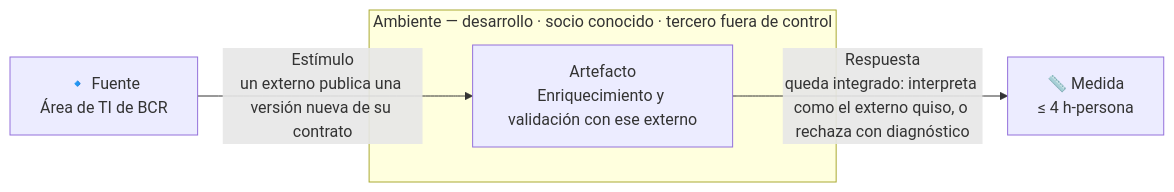
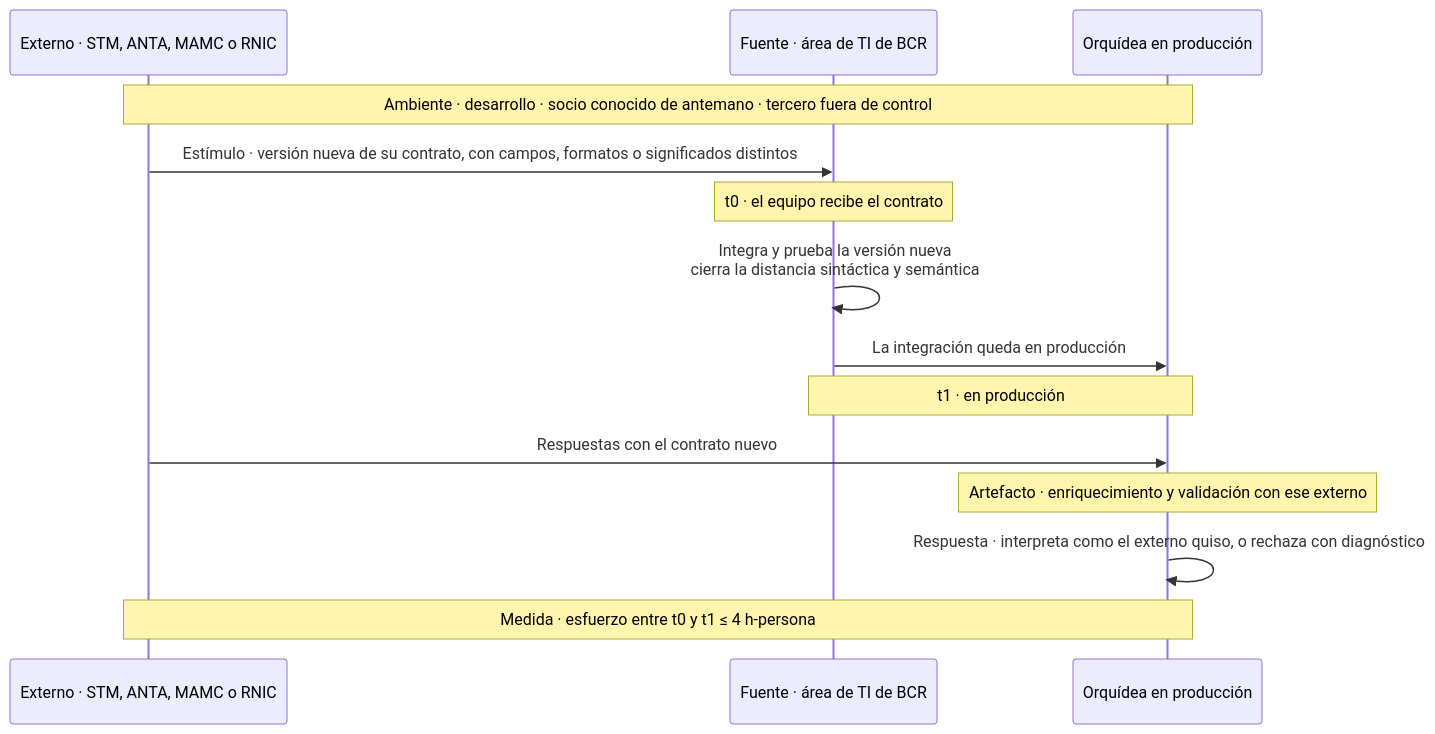
Before and after one commit to MATI-MBIT/arqsoft-reto-4: the seventh of 17 diagrams in docs/quality-attributes.md, drawn with Mermaid. The commit also changed other lines of this file, not shown here.

Commit message:
Cambia los diagramas de los ASR por diagramas de secuencia con t0, t1 y la medida

````diff
--- a/docs/quality-attributes.md
+++ b/docs/quality-attributes.md
@@ -296,9 +337,16 @@
 ```mermaid
-flowchart LR
-    F["🔹 Fuente<br/>Área de TI de BCR"]
-    F -- "Estímulo<br/>un externo publica una versión nueva de su contrato" --> A
-    subgraph AMB["Ambiente — desarrollo · socio conocido · tercero fuera de control"]
-        A["Artefacto<br/>Enriquecimiento y validación con ese externo"]
-    end
-    A -- "Respuesta<br/>queda integrado: interpreta como el externo quiso, o rechaza con diagnóstico" --> M["📏 Medida<br/>≤ 4 h-persona"]
+sequenceDiagram
+    participant N as Externo · STM, ANTA, MAMC o RNIC
+    participant T as Fuente · área de TI de BCR
+    participant O as Orquídea en producción
+    Note over N,O: Ambiente · desarrollo · socio conocido de antemano · tercero fuera de control
+    N->>T: Estímulo · versión nueva de su contrato, con campos, formatos o significados distintos
+    Note over T: t0 · el equipo recibe el contrato
+    T->>T: Integra y prueba la versión nueva<br/>cierra la distancia sintáctica y semántica
+    T->>O: La integración queda en producción
+    Note over T,O: t1 · en producción
+    N->>O: Respuestas con el contrato nuevo
+    Note over O: Artefacto · enriquecimiento y validación con ese externo
+    O->>O: Respuesta · interpreta como el externo quiso, o rechaza con diagnóstico
+    Note over N,O: Medida · esfuerzo entre t0 y t1 ≤ 4 h-persona
 ```
````
